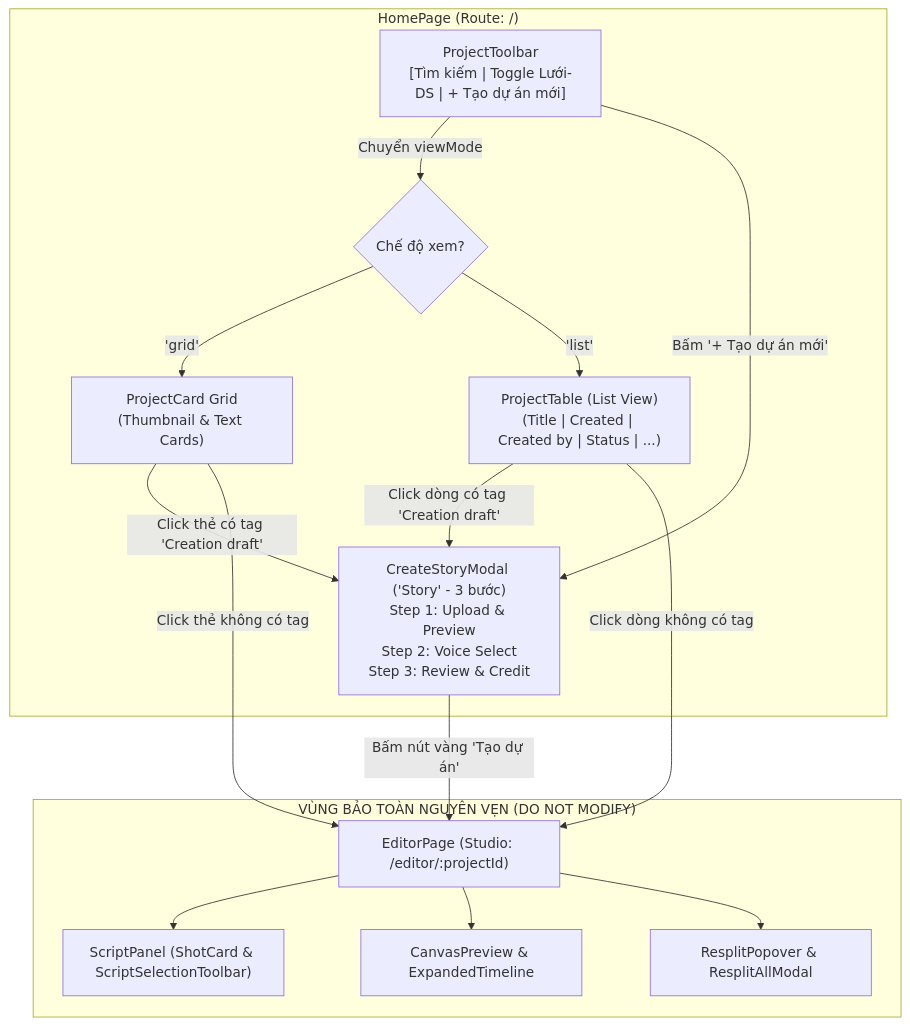
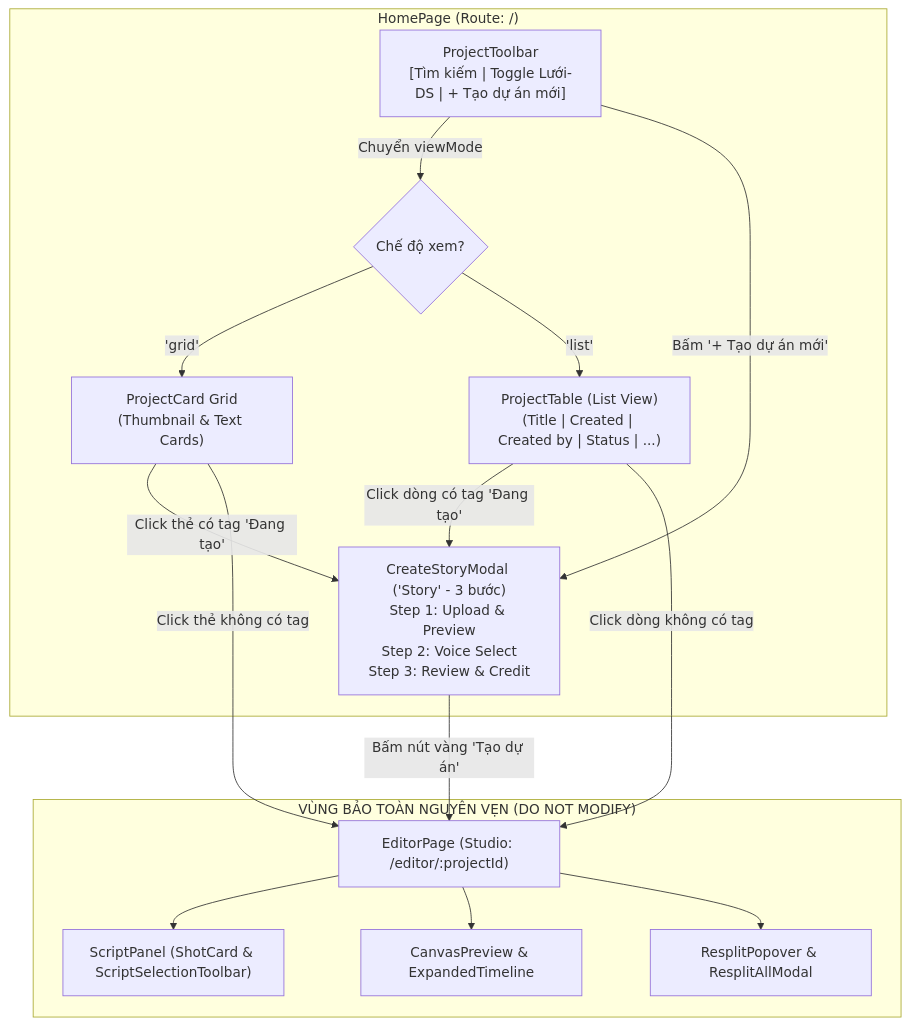
Before and after one commit to 20235654-anhtm/demo-prototype-S2V: the diagram in docs/thiet-ke-man-hinh-khoi-tao-va-import-story.md, drawn with Mermaid. The commit also changed other lines of this file and 108 other files, not shown here.

Commit message:
feat(project): add project overview and refresh story creation flow

````diff
--- a/docs/thiet-ke-man-hinh-khoi-tao-va-import-story.md
+++ b/docs/thiet-ke-man-hinh-khoi-tao-va-import-story.md
@@ -367,27 +367,27 @@
 ```mermaid
 flowchart TD
     subgraph HomePageView ["HomePage (Route: /)"]
         TB["ProjectToolbar<br>[Tìm kiếm | Toggle Lưới-DS | + Tạo dự án mới]"]
         VIEW{"Chế độ xem?"}
         GRID["ProjectCard Grid<br>(Thumbnail & Text Cards)"]
         LIST["ProjectTable (List View)<br>(Title | Created | Created by | Status | ...)"]
         MODAL["CreateStoryModal ('Story' - 3 bước)<br>Step 1: Upload & Preview<br>Step 2: Voice Select<br>Step 3: Review & Credit"]
     end
 
     TB -->|Chuyển viewMode| VIEW
     VIEW -->|'grid'| GRID
     VIEW -->|'list'| LIST
     TB -->|Bấm '+ Tạo dự án mới'| MODAL
 
-    GRID -->|Click thẻ có tag 'Creation draft'| MODAL
+    GRID -->|Click thẻ có tag 'Đang tạo'| MODAL
     GRID -->|Click thẻ không có tag| STUDIO["EditorPage (Studio: /editor/:projectId)"]
-    LIST -->|Click dòng có tag 'Creation draft'| MODAL
+    LIST -->|Click dòng có tag 'Đang tạo'| MODAL
     LIST -->|Click dòng không có tag| STUDIO
     MODAL -->|Bấm nút vàng 'Tạo dự án'| STUDIO
     
     subgraph StudioProtected ["VÙNG BẢO TOÀN NGUYÊN VẸN (DO NOT MODIFY)"]
         STUDIO --> SCENES["ScriptPanel (ShotCard & ScriptSelectionToolbar)"]
         STUDIO --> CANVAS["CanvasPreview & ExpandedTimeline"]
         STUDIO --> RESPLIT["ResplitPopover & ResplitAllModal"]
     end
 ```
````
